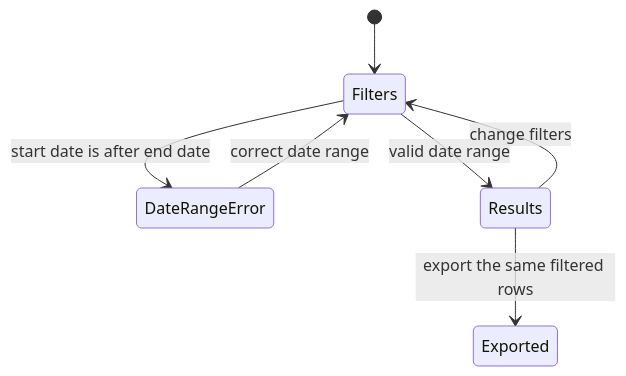
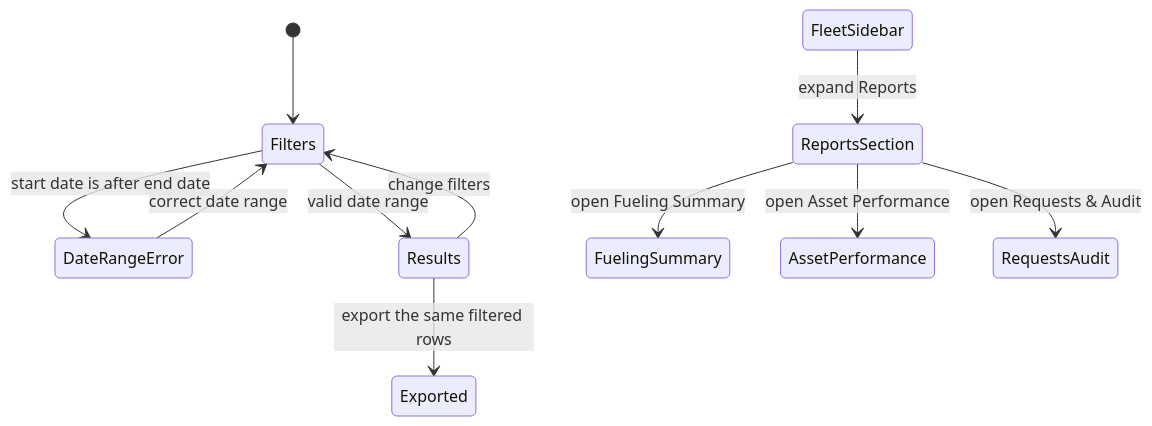
One commit to BrianKipngetich1/fleet_management changed the diagram in specs/008-overseer-reports/design.md. Above: the diagram before and after it, drawn with Mermaid. The commit also changed other lines of this file and 3 other files, not shown here.

````diff
--- a/specs/008-overseer-reports/design.md
+++ b/specs/008-overseer-reports/design.md
@@ -65,9 +67,13 @@
 ```mermaid
 stateDiagram-v2
     [*] --> Filters
     Filters --> DateRangeError: start date is after end date
     Filters --> Results: valid date range
     Results --> Exported: export the same filtered rows
     Results --> Filters: change filters
     DateRangeError --> Filters: correct date range
+    FleetSidebar --> ReportsSection: expand Reports
+    ReportsSection --> FuelingSummary: open Fueling Summary
+    ReportsSection --> AssetPerformance: open Asset Performance
+    ReportsSection --> RequestsAudit: open Requests & Audit
 ```
````
